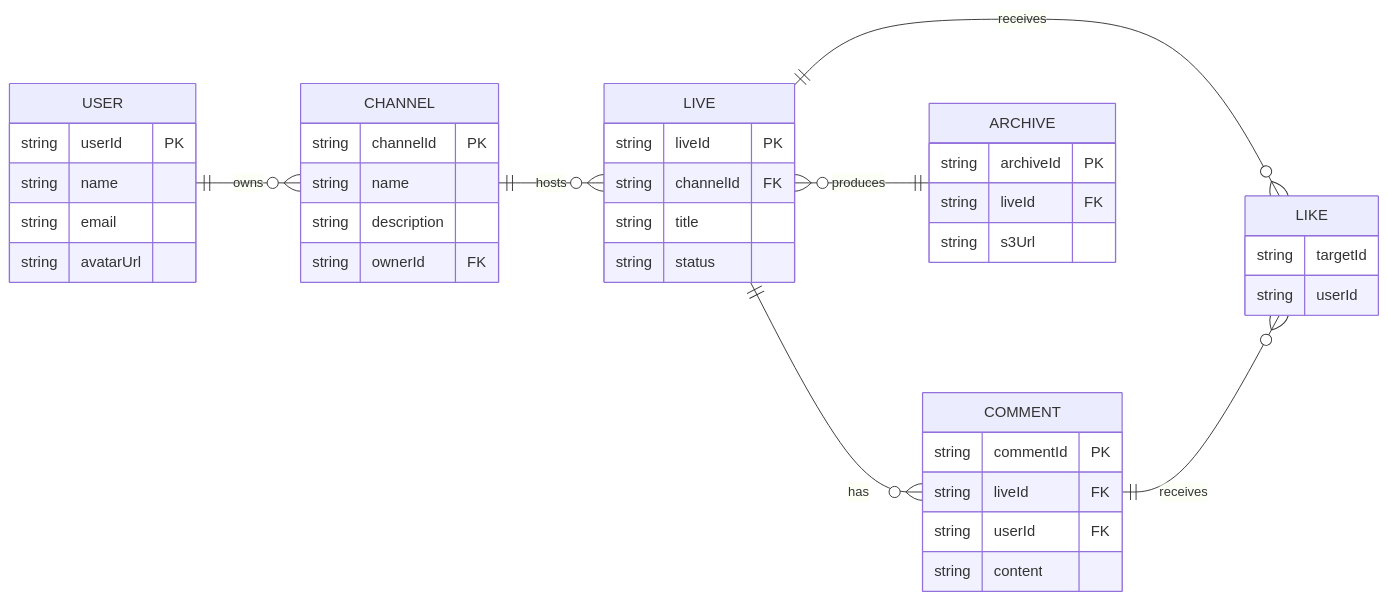
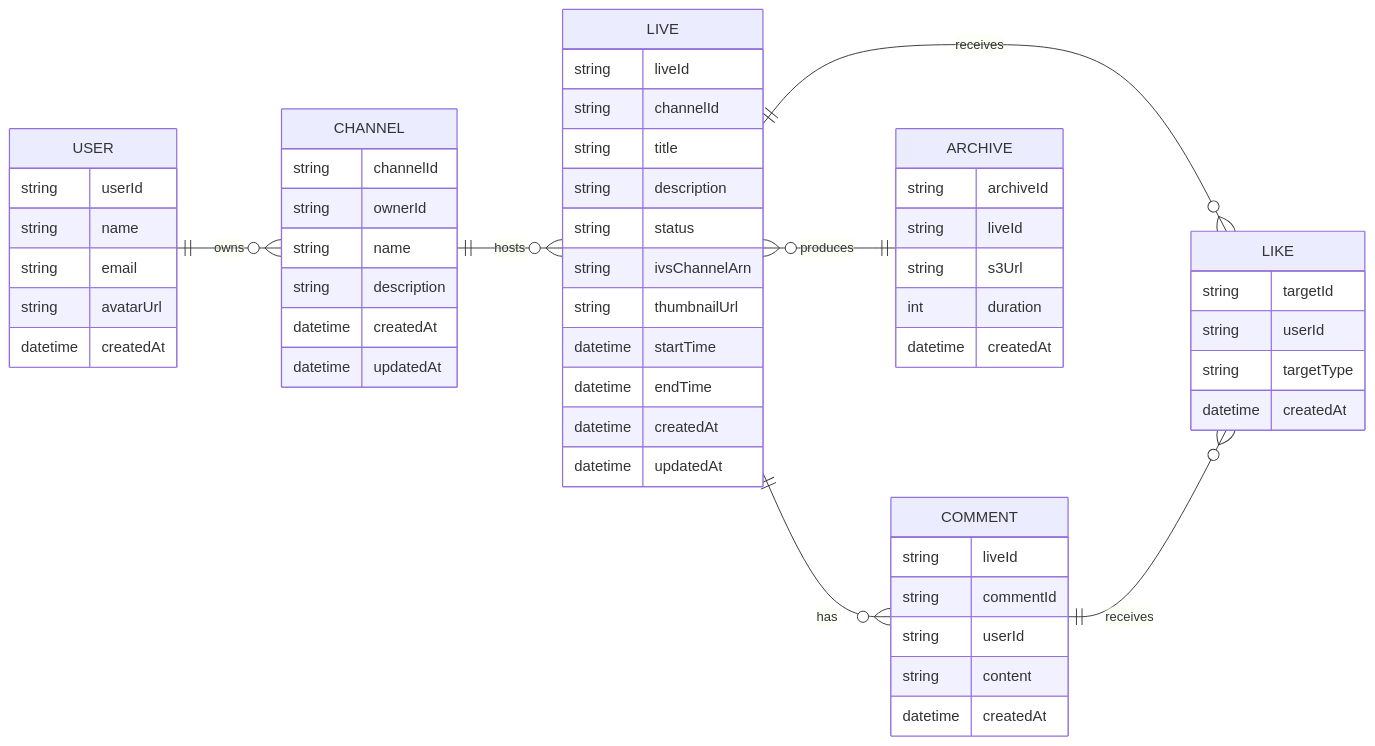
Before and after one commit to Syota622/cdk_live: the diagram in design/DB/ER図.md, drawn with Mermaid.

Commit message:
アップデート

````diff
--- a/design/DB/ER図.md
+++ b/design/DB/ER図.md
@@ -1,52 +1,67 @@
 ```mermaid
 erDiagram
 
   direction LR
 
   USER ||--o{ CHANNEL : owns
   CHANNEL ||--o{ LIVE : hosts
   LIVE ||--o{ COMMENT : has
   LIVE }o--|| ARCHIVE : produces
   LIVE ||--o{ LIKE : receives
   COMMENT ||--o{ LIKE : receives
 
   USER {
-    string userId PK
+    string userId
     string name
     string email
     string avatarUrl
+    datetime createdAt
   }
 
   CHANNEL {
-    string channelId PK
+    string channelId
+    string ownerId
     string name
     string description
-    string ownerId FK
+    datetime createdAt
+    datetime updatedAt
   }
 
   LIVE {
-    string liveId PK
-    string channelId FK
+    string liveId
+    string channelId
     string title
+    string description
     string status
+    string ivsChannelArn
+    string thumbnailUrl
+    datetime startTime
+    datetime endTime
+    datetime createdAt
+    datetime updatedAt
+  }
+
+  COMMENT {
+    string liveId
+    string commentId
+    string userId
+    string content
+    datetime createdAt
   }
 
   ARCHIVE {
-    string archiveId PK
-    string liveId FK
+    string archiveId
+    string liveId
     string s3Url
-  }
-
-  COMMENT {
-    string commentId PK
-    string liveId FK
-    string userId FK
-    string content
+    int duration
+    datetime createdAt
   }
 
   LIKE {
     string targetId
     string userId
+    string targetType
+    datetime createdAt
   }
 
 ```
````
